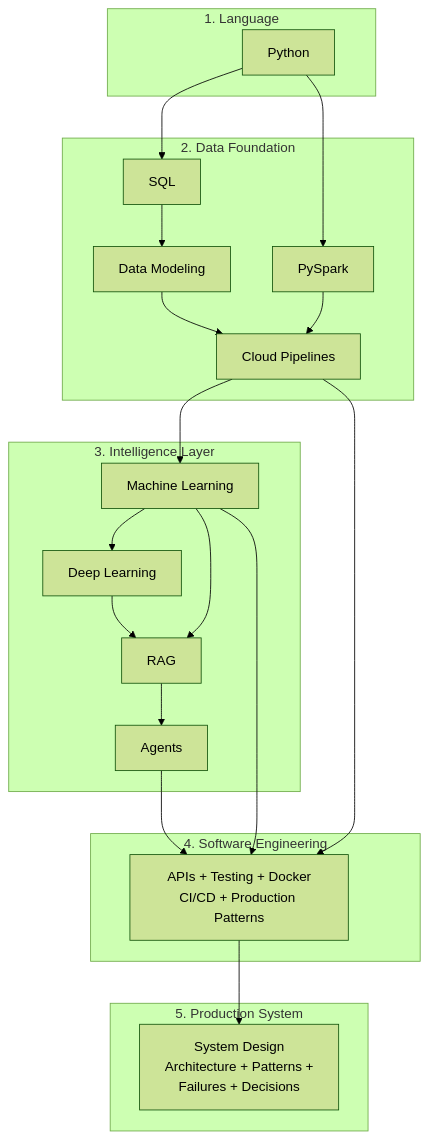
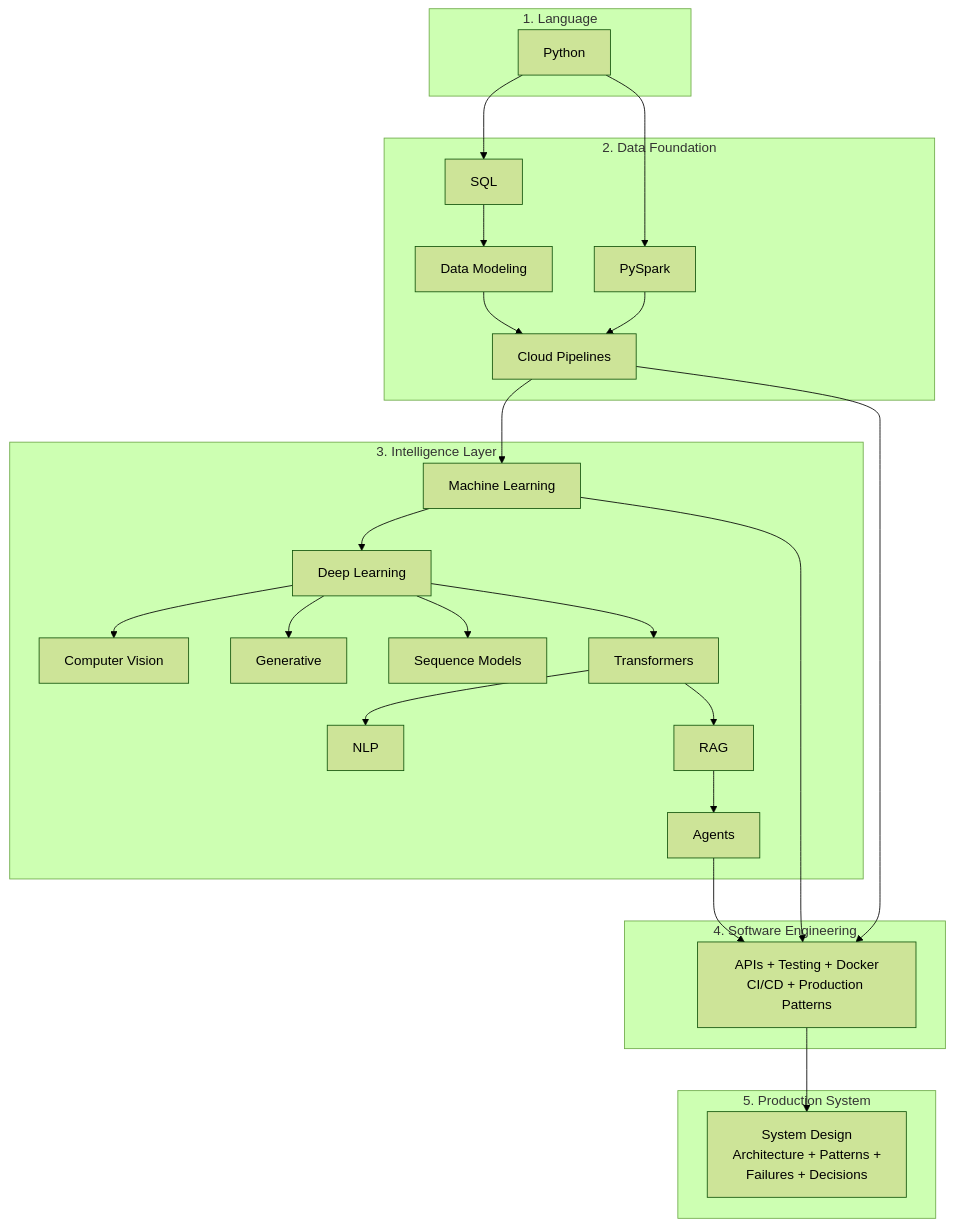
The diagram in README.md (sunilmogadati/systems-in-production), drawn with Mermaid (forest theme) before and after one commit. The commit also changed other lines of this file and 77 other files, not shown here.

````diff
--- a/README.md
+++ b/README.md
@@ -48,43 +27,52 @@
 ```mermaid
 graph TD
     subgraph "1. Language"
         PY["Python"]
     end
 
     subgraph "2. Data Foundation"
         SQL["SQL"]
         DM["Data Modeling"]
         PIPE["Cloud Pipelines"]
         SPARK["PySpark"]
     end
 
     subgraph "3. Intelligence Layer"
         ML["Machine Learning"]
         DL["Deep Learning"]
+        CV["Computer Vision"]
+        GEN["Generative"]
+        SEQ["Sequence Models"]
+        TX["Transformers"]
+        NLP["NLP"]
         RAG["RAG"]
         AGENTS["Agents"]
     end
 
     subgraph "4. Software Engineering"
         SWE["APIs + Testing + Docker<br/>CI/CD + Production Patterns"]
     end
 
     subgraph "5. Production System"
         SYS["System Design<br/>Architecture + Patterns +<br/>Failures + Decisions"]
     end
 
     PY --> SQL
     PY --> SPARK
     SQL --> DM
     DM --> PIPE
     SPARK --> PIPE
     PIPE --> ML
     ML --> DL
-    ML --> RAG
-    DL --> RAG
+    DL --> CV
+    DL --> GEN
+    DL --> SEQ
+    DL --> TX
+    TX --> NLP
+    TX --> RAG
     RAG --> AGENTS
     AGENTS --> SWE
     PIPE --> SWE
     ML --> SWE
     SWE --> SYS
 ```
````
